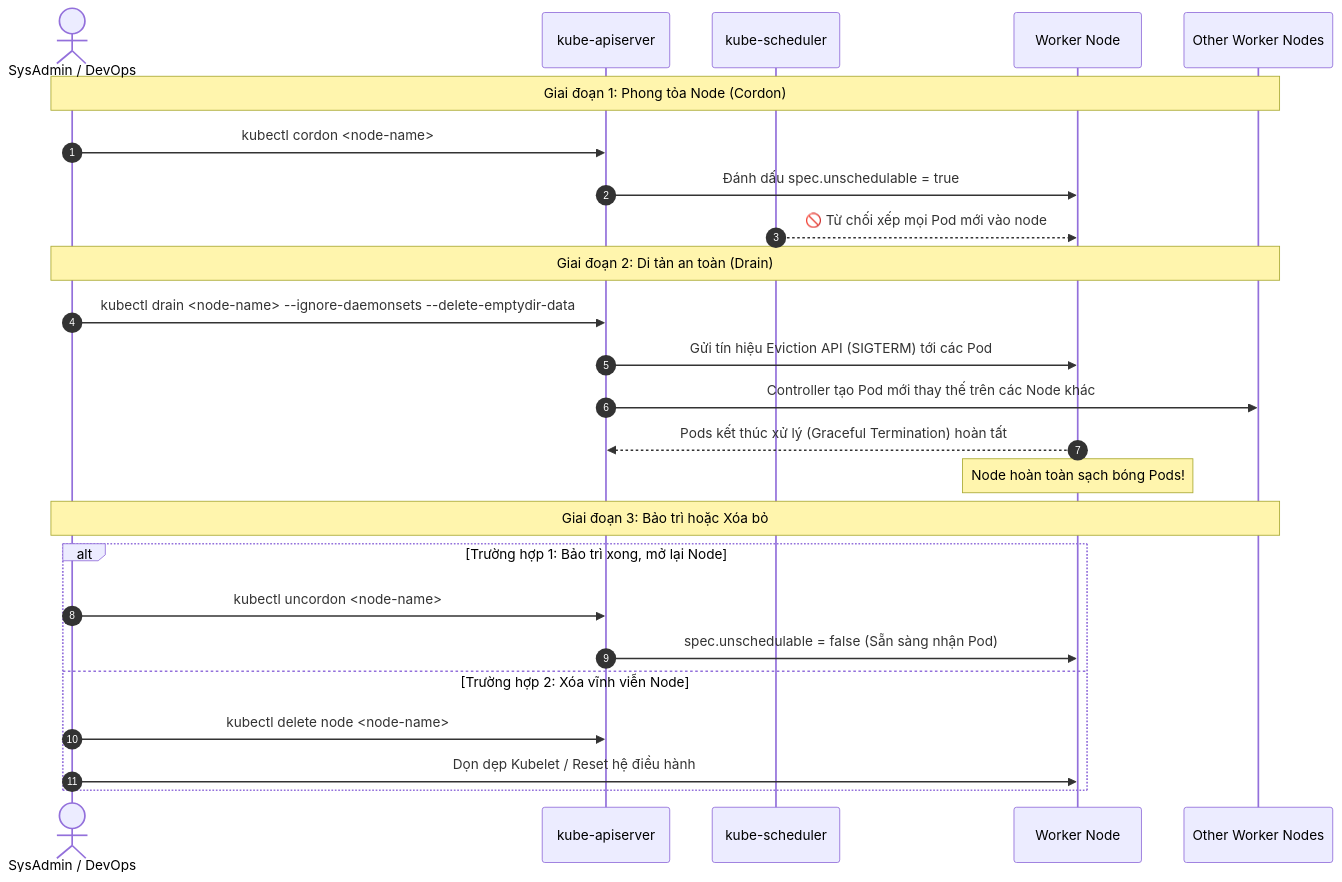
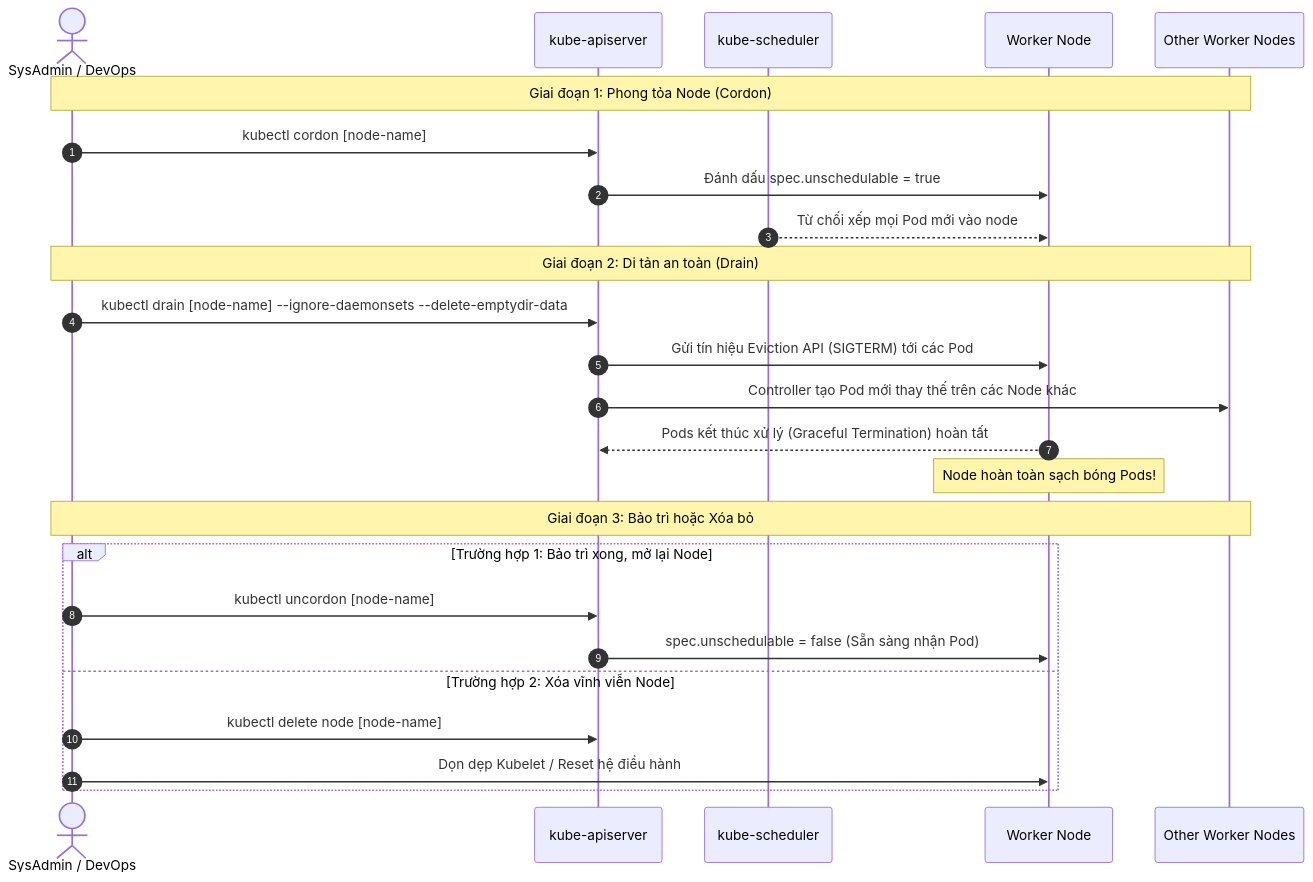
The fourth of 4 diagrams in content/posts/k8s-node-operations/index.md (duyhustvn/duyhustvn.github.io), drawn with Mermaid before and after one commit. The commit also changed other lines of this file, not shown here.

```diff
--- a/content/posts/k8s-node-operations/index.md
+++ b/content/posts/k8s-node-operations/index.md
@@ -388,30 +388,30 @@
 {{< mermaid >}}
 sequenceDiagram
     autonumber
     actor Admin as SysAdmin / DevOps
     participant API as kube-apiserver
     participant Sched as kube-scheduler
     participant Node as Worker Node
     participant Other as Other Worker Nodes
 
     Note over Admin,Other: Giai đoạn 1: Phong tỏa Node (Cordon)
-    Admin->>API: kubectl cordon <node-name>
+    Admin->>API: kubectl cordon [node-name]
     API->>Node: Đánh dấu spec.unschedulable = true
-    Sched-->>Node: 🚫 Từ chối xếp mọi Pod mới vào node
+    Sched-->>Node: Từ chối xếp mọi Pod mới vào node
 
     Note over Admin,Other: Giai đoạn 2: Di tản an toàn (Drain)
-    Admin->>API: kubectl drain <node-name> --ignore-daemonsets --delete-emptydir-data
+    Admin->>API: kubectl drain [node-name] --ignore-daemonsets --delete-emptydir-data
     API->>Node: Gửi tín hiệu Eviction API (SIGTERM) tới các Pod
     API->>Other: Controller tạo Pod mới thay thế trên các Node khác
     Node-->>API: Pods kết thúc xử lý (Graceful Termination) hoàn tất
     Note over Node: Node hoàn toàn sạch bóng Pods!
 
     Note over Admin,Other: Giai đoạn 3: Bảo trì hoặc Xóa bỏ
     alt Trường hợp 1: Bảo trì xong, mở lại Node
-        Admin->>API: kubectl uncordon <node-name>
+        Admin->>API: kubectl uncordon [node-name]
         API->>Node: spec.unschedulable = false (Sẵn sàng nhận Pod)
     else Trường hợp 2: Xóa vĩnh viễn Node
-        Admin->>API: kubectl delete node <node-name>
+        Admin->>API: kubectl delete node [node-name]
         Admin->>Node: Dọn dẹp Kubelet / Reset hệ điều hành
     end
 {{< /mermaid >}}
```
